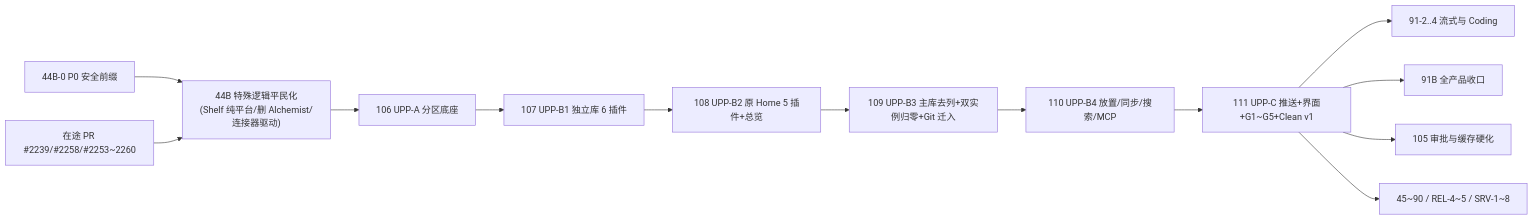
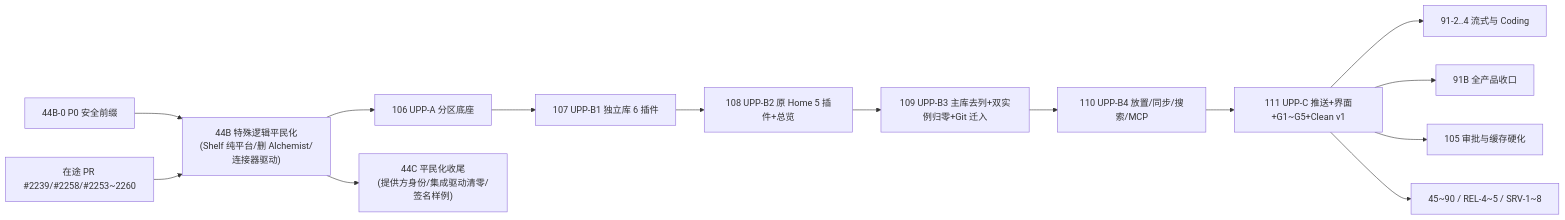
Before and after one commit to molis-ai/molis-work: the fifth of 5 diagrams in specs/post-anticorruption-roadmap/reference/dependencies.md, drawn with Mermaid. The commit also changed other lines of this file and 5 other files, not shown here.

````diff
--- a/specs/post-anticorruption-roadmap/reference/dependencies.md
+++ b/specs/post-anticorruption-roadmap/reference/dependencies.md
@@ -587,15 +588,16 @@
 ```mermaid
 flowchart LR
   B44B0["44B-0 P0 安全前缀"] --> B44B["44B 特殊逻辑平民化<br/>(Shelf 纯平台/删 Alchemist/连接器驱动)"]
   INF["在途 PR #2239/#2258/#2253~2260"] --> B44B
   B44B --> B106["106 UPP-A 分区底座"]
+  B44B --> B44C["44C 平民化收尾<br/>(提供方身份/集成驱动清零/签名样例)"]
   B106 --> B107["107 UPP-B1 独立库 6 插件"]
   B107 --> B108["108 UPP-B2 原 Home 5 插件+总览"]
   B108 --> B109["109 UPP-B3 主库去列+双实例归零+Git 迁入"]
   B109 --> B110["110 UPP-B4 放置/同步/搜索/MCP"]
   B110 --> B111["111 UPP-C 推送+界面+G1~G5+Clean v1"]
   B111 --> B91A["91-2..4 流式与 Coding"]
   B111 --> B91B["91B 全产品收口"]
   B111 --> B105["105 审批与缓存硬化"]
   B111 --> BDOWN["45~90 / REL-4~5 / SRV-1~8"]
 ```
````
